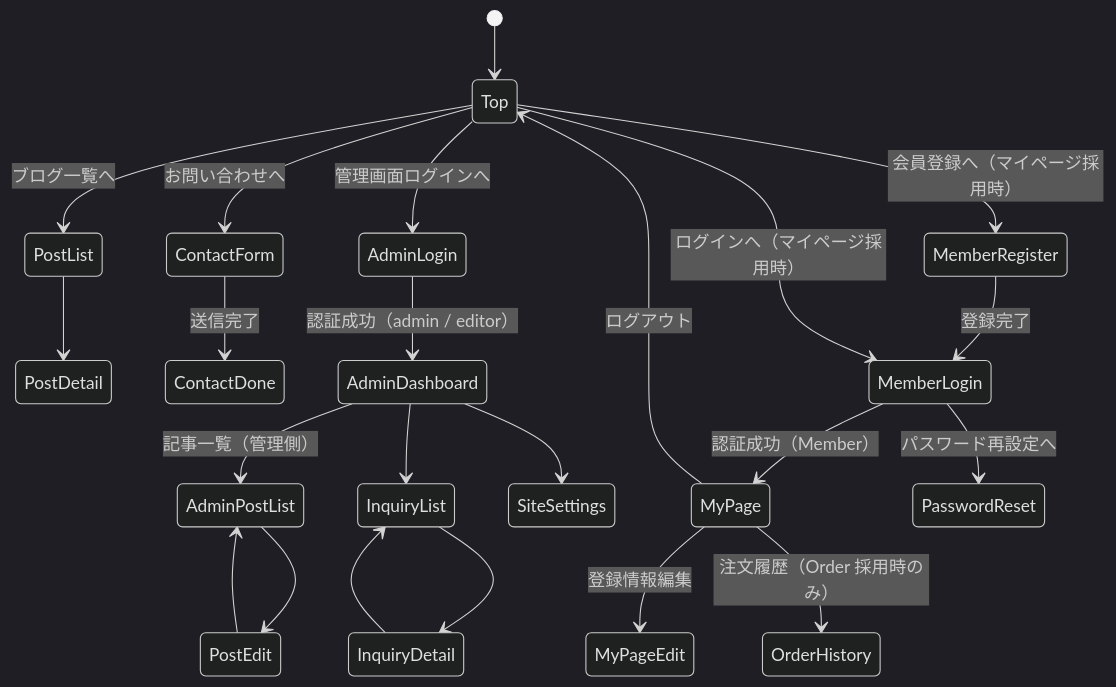
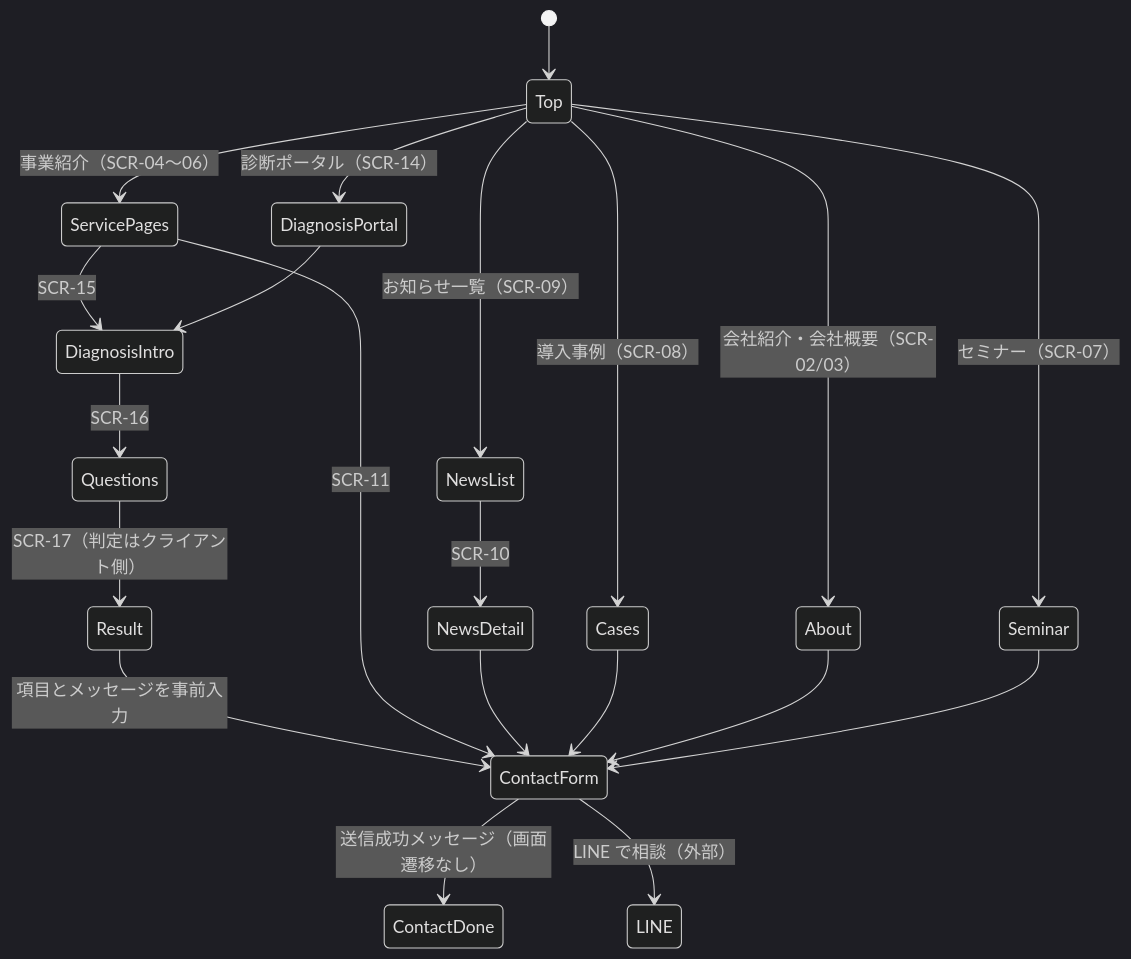
Before and after one commit to team-natural/natural-corporate: the third of 3 diagrams in docs/2-product/04-ui-ux-design.md, drawn with Mermaid (dark theme). The commit also changed other lines of this file and 25 other files, not shown here.

````diff
--- a/docs/2-product/04-ui-ux-design.md
+++ b/docs/2-product/04-ui-ux-design.md
@@ -324,27 +319,25 @@
 ```mermaid
 stateDiagram-v2
     [*] --> Top
-    Top --> PostList: ブログ一覧へ
-    PostList --> PostDetail
-    Top --> ContactForm: お問い合わせへ
-    ContactForm --> ContactDone: 送信完了
+    Top --> ServicePages: 事業紹介（SCR-04〜06）
+    Top --> NewsList: お知らせ一覧（SCR-09）
+    NewsList --> NewsDetail: SCR-10
+    Top --> Cases: 導入事例（SCR-08）
+    Top --> About: 会社紹介・会社概要（SCR-02/03）
+    Top --> Seminar: セミナー（SCR-07）
 
-    Top --> AdminLogin: 管理画面ログインへ
-    AdminLogin --> AdminDashboard: 認証成功（admin / editor）
-    AdminDashboard --> AdminPostList: 記事一覧（管理側）
-    AdminPostList --> PostEdit
-    PostEdit --> AdminPostList
-    AdminDashboard --> InquiryList
-    InquiryList --> InquiryDetail
-    InquiryDetail --> InquiryList
-    AdminDashboard --> SiteSettings
+    Top --> DiagnosisPortal: 診断ポータル（SCR-14）
+    ServicePages --> DiagnosisIntro: SCR-15
+    DiagnosisPortal --> DiagnosisIntro
+    DiagnosisIntro --> Questions: SCR-16
+    Questions --> Result: SCR-17（判定はクライアント側）
+    Result --> ContactForm: 項目とメッセージを事前入力
 
-    Top --> MemberRegister: 会員登録へ（マイページ採用時）
-    MemberRegister --> MemberLogin: 登録完了
-    Top --> MemberLogin: ログインへ（マイページ採用時）
-    MemberLogin --> MyPage: 認証成功（Member）
-    MyPage --> MyPageEdit: 登録情報編集
-    MyPage --> OrderHistory: 注文履歴（Order 採用時のみ）
-    MyPage --> Top: ログアウト
-    MemberLogin --> PasswordReset: パスワード再設定へ
+    ServicePages --> ContactForm: SCR-11
+    NewsDetail --> ContactForm
+    Cases --> ContactForm
+    About --> ContactForm
+    Seminar --> ContactForm
+    ContactForm --> ContactDone: 送信成功メッセージ（画面遷移なし）
+    ContactForm --> LINE: LINE で相談（外部）
 ```
````
